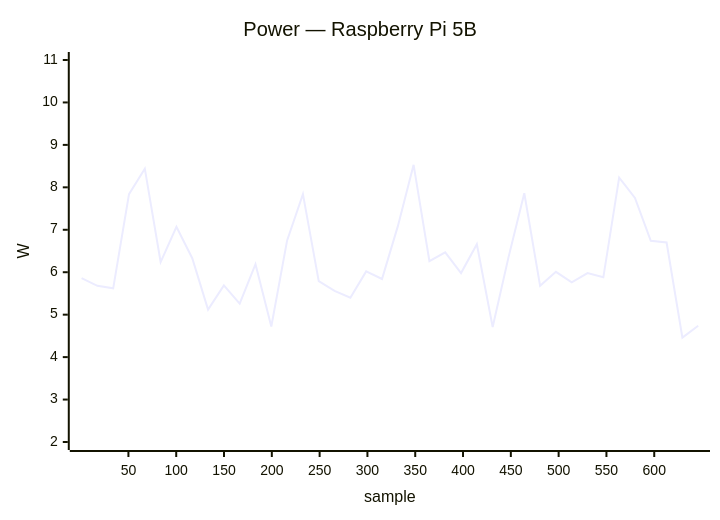
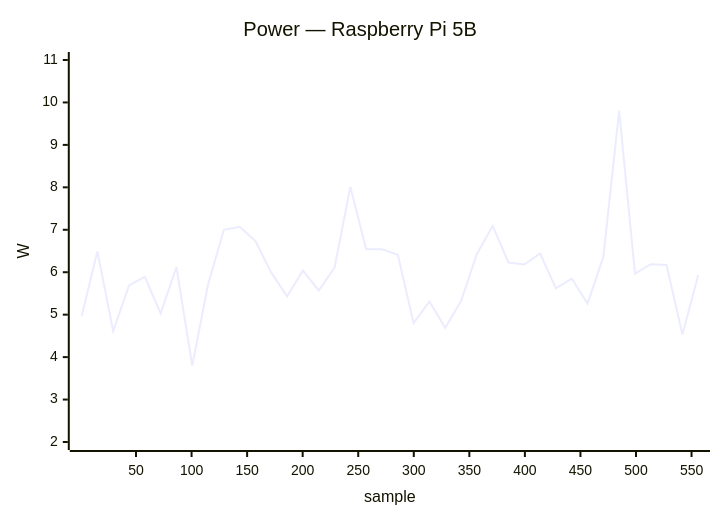
One commit to armbian/documentation changed diagram 30 of 34 in docs/status/board-tests.md. Above: the diagram before and after it, drawn with Mermaid. The commit also changed other lines of this file, not shown here.

````diff
--- a/docs/status/board-tests.md
+++ b/docs/status/board-tests.md
@@ -1496,7 +1532,7 @@
 ```mermaid
 xychart-beta
     title "Power — Raspberry Pi 5B"
-    x-axis "sample" 1 --> 646
+    x-axis "sample" 1 --> 556
     y-axis "W" 2.0 --> 11.0
-    line [5.86, 5.68, 5.62, 7.84, 8.44, 6.24, 7.07, 6.33, 5.12, 5.69, 5.26, 6.19, 4.72, 6.75, 7.84, 5.79, 5.56, 5.40, 6.02, 5.84, 7.08, 8.53, 6.26, 6.47, 5.98, 6.66, 4.71, 6.35, 7.86, 5.68, 6.01, 5.76, 5.98, 5.88, 8.23, 7.75, 6.74, 6.70, 4.46, 4.74]
+    line [4.96, 6.49, 4.61, 5.69, 5.89, 5.03, 6.12, 3.80, 5.71, 7.00, 7.07, 6.73, 5.99, 5.43, 6.04, 5.57, 6.11, 8.01, 6.54, 6.54, 6.41, 4.80, 5.31, 4.69, 5.32, 6.43, 7.09, 6.23, 6.18, 6.44, 5.62, 5.85, 5.26, 6.36, 9.81, 5.97, 6.19, 6.17, 4.53, 5.93]
 ```
````
